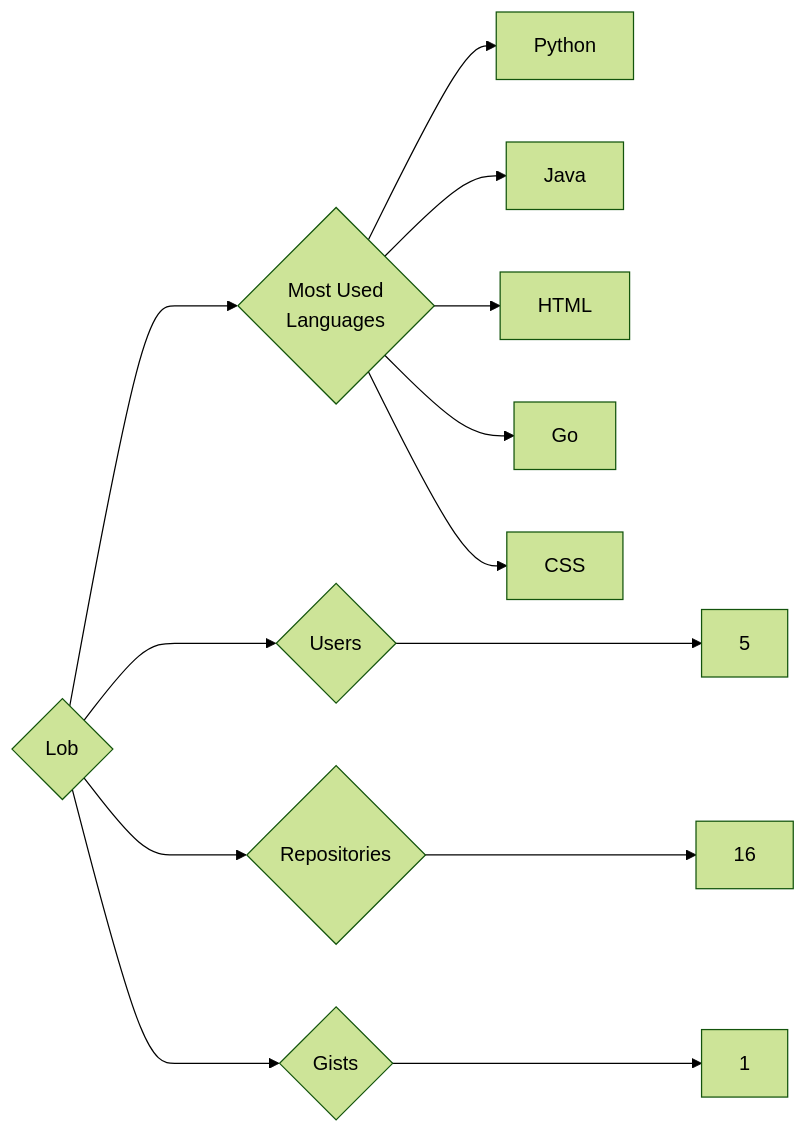
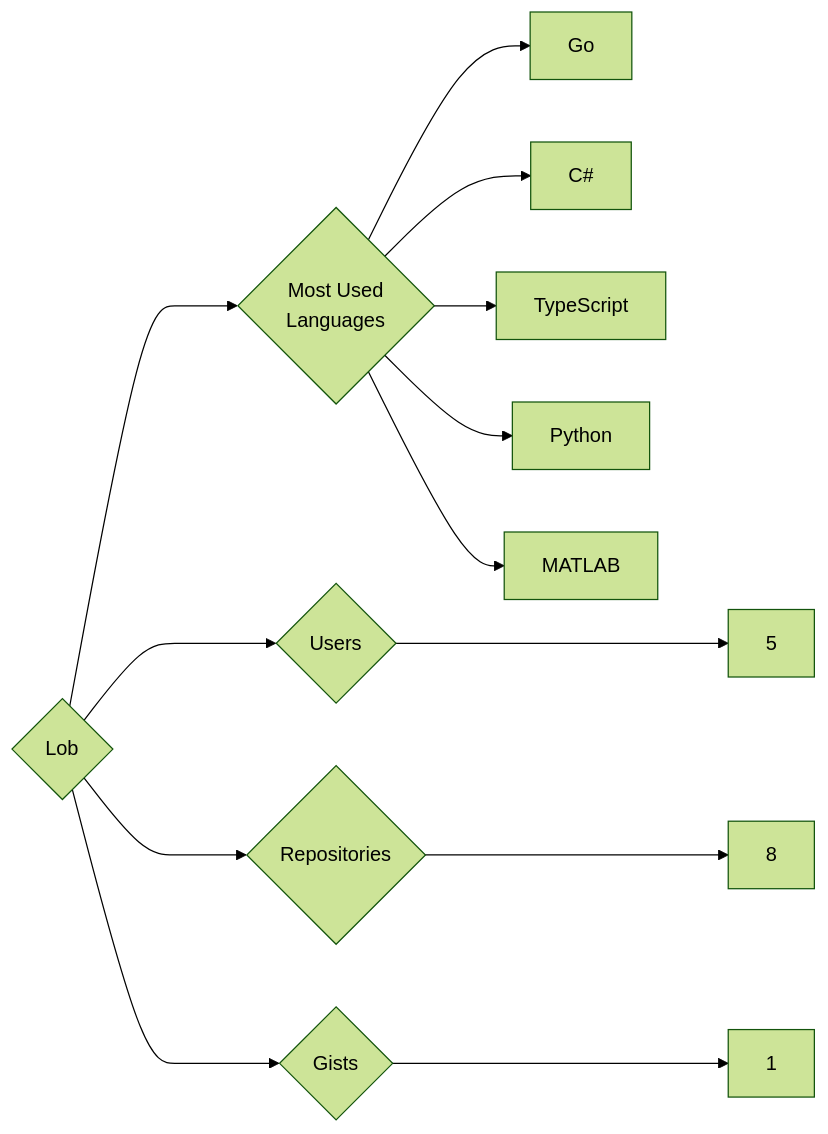
The diagram in targets/Lob/README.md (trickest/insiders), drawn with Mermaid (forest theme) before and after one commit. The commit also changed 927 other files, not shown here.

````diff
--- a/targets/Lob/README.md
+++ b/targets/Lob/README.md
@@ -3,13 +3,13 @@
 ```mermaid
 graph LR
 COMPANY_NAME{Lob}
 COMPANY_NAME ---> U{Users} ---> UN[5]
-COMPANY_NAME ---> R{Repositories} ---> RN[16]
+COMPANY_NAME ---> R{Repositories} ---> RN[8]
 COMPANY_NAME ---> G{Gists} ---> GN[1]
 COMPANY_NAME ---> ML{Most Used<br>Languages}
+ML --> Go[Go]
+ML --> C#[C#]
+ML --> TypeScript[TypeScript]
 ML --> Python[Python]
-ML --> Java[Java]
-ML --> HTML[HTML]
-ML --> Go[Go]
-ML --> CSS[CSS]
+ML --> MATLAB[MATLAB]
 ```
````
